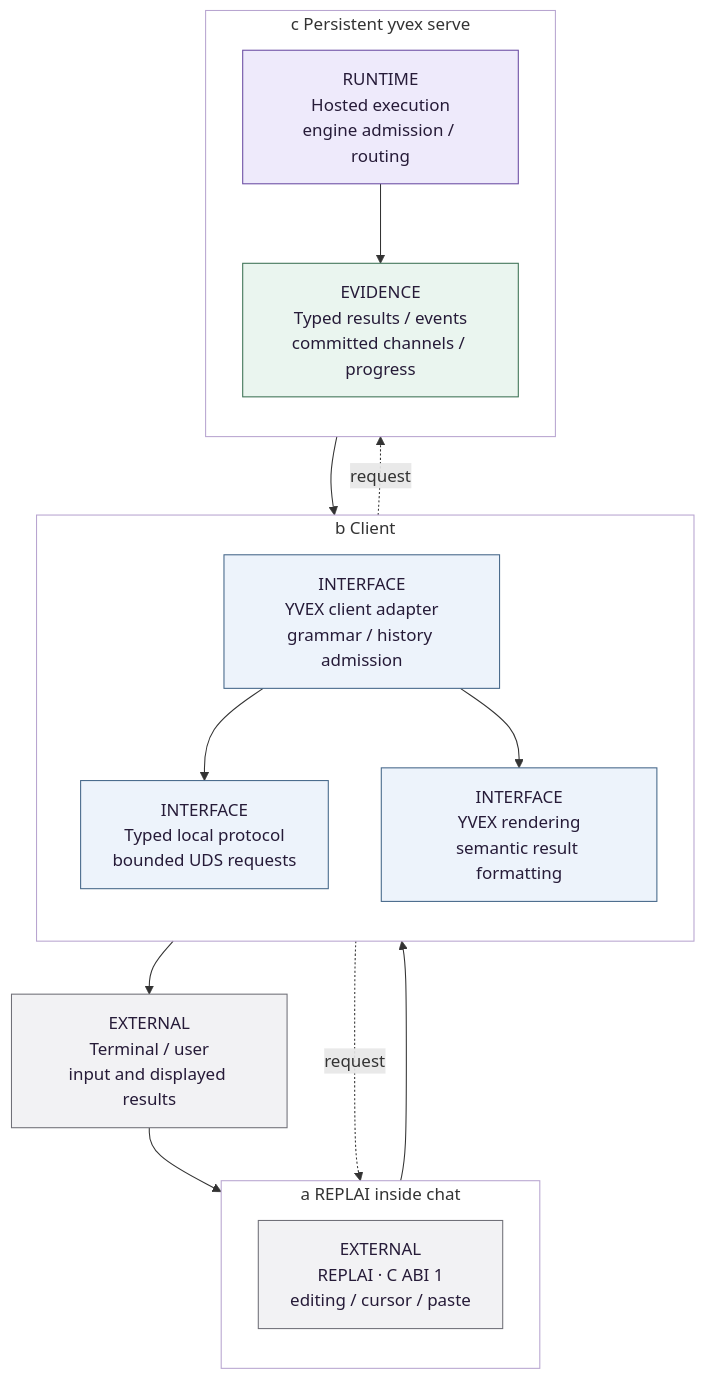
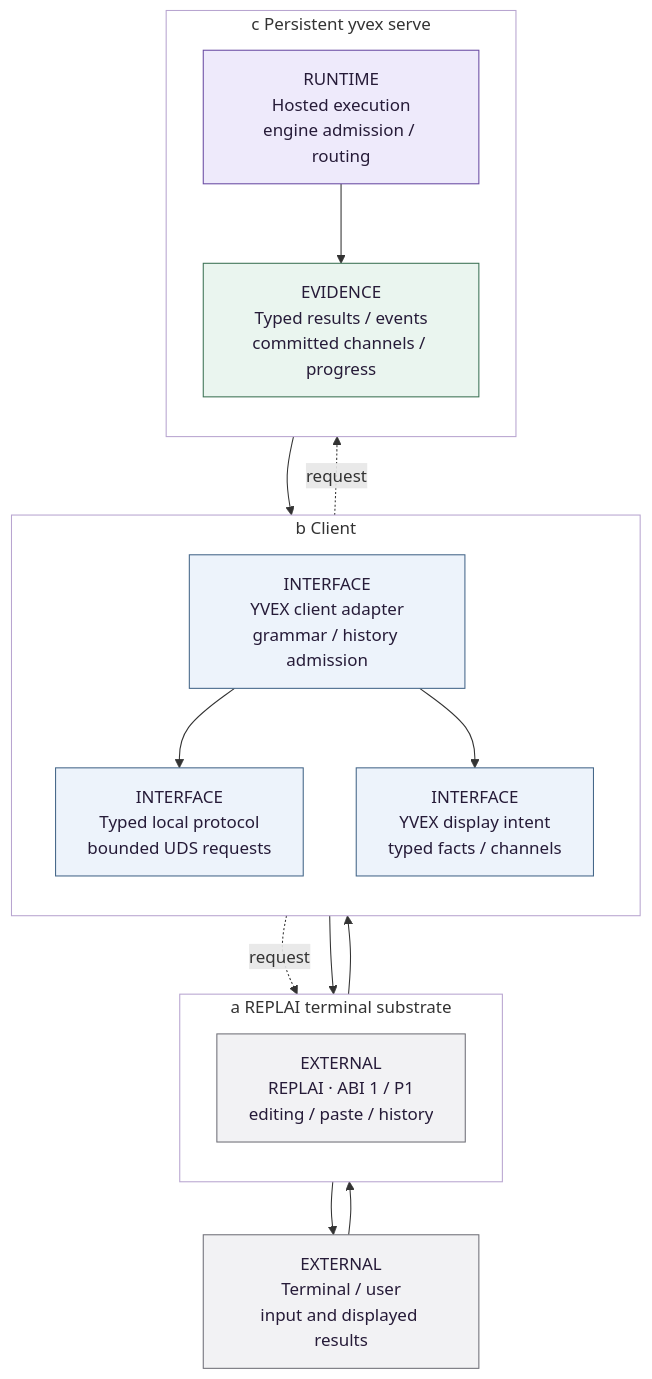
Before and after one commit to yailabs/yvex: the diagram in docs/architecture/interfaces-protocols.md, drawn with Mermaid. The commit also changed other lines of this file and 70 other files, not shown here.

First line of the commit message:
feat(interfaces): refound CLI and chat over qualified REPLAI

````diff
--- a/docs/architecture/interfaces-protocols.md
+++ b/docs/architecture/interfaces-protocols.md
@@ -61,41 +61,42 @@
 ```mermaid
 %% yvex-figure: interactive_boundary
 %%{init: {"themeVariables": {"background": "transparent"}}}%%
 flowchart TB
   n_terminal["EXTERNAL<br/>Terminal / user<br/>input and displayed results"]:::external
-  subgraph n_panel_0["a  REPLAI inside chat"]
+  subgraph n_panel_0["a  REPLAI terminal substrate"]
     direction TB
-  n_editor["EXTERNAL<br/>REPLAI · C ABI 1<br/>editing / cursor / paste"]:::external
+  n_editor["EXTERNAL<br/>REPLAI · ABI 1 / P1<br/>editing / paste / history"]:::external
   end
   subgraph n_panel_1["b  Client"]
     direction TB
   n_client["INTERFACE<br/>YVEX client adapter<br/>grammar / history admission"]:::interface
   n_protocol["INTERFACE<br/>Typed local protocol<br/>bounded UDS requests"]:::interface
-  n_render["INTERFACE<br/>YVEX rendering<br/>semantic result formatting"]:::interface
+  n_render["INTERFACE<br/>YVEX display intent<br/>typed facts / channels"]:::interface
   end
   subgraph n_panel_2["c  Persistent yvex serve"]
     direction TB
   n_runtime["RUNTIME<br/>Hosted execution<br/>engine admission / routing"]:::runtime
   n_events["EVIDENCE<br/>Typed results / events<br/>committed channels / progress"]:::evidence
   end
   n_terminal --> n_editor
   n_editor --> n_client
   n_client -. request .-> n_editor
   n_client --> n_protocol
   n_protocol -. request .-> n_runtime
   n_runtime --> n_events
   n_events --> n_render
   n_client --> n_render
-  n_render --> n_terminal
+  n_render --> n_editor
+  n_editor --> n_terminal
   n_panel_0 ~~~ n_panel_1 ~~~ n_panel_2
   classDef semantic fill:#efe5fc,stroke:#7541ba,color:#261b38
   classDef physical fill:#f4effb,stroke:#8054b2,color:#261b38
   classDef runtime fill:#eeeafb,stroke:#6a4ca3,color:#261b38
   classDef mutable fill:#fff3db,stroke:#8e6920,color:#261b38
   classDef interface fill:#edf3fb,stroke:#456789,color:#261b38
   classDef external fill:#f2f2f4,stroke:#707078,color:#261b38
   classDef evidence fill:#eaf5ef,stroke:#3d7255,color:#261b38
   style n_panel_0 fill:transparent,stroke:#b8a5d0
   style n_panel_1 fill:transparent,stroke:#b8a5d0
   style n_panel_2 fill:transparent,stroke:#b8a5d0
 ```
````
